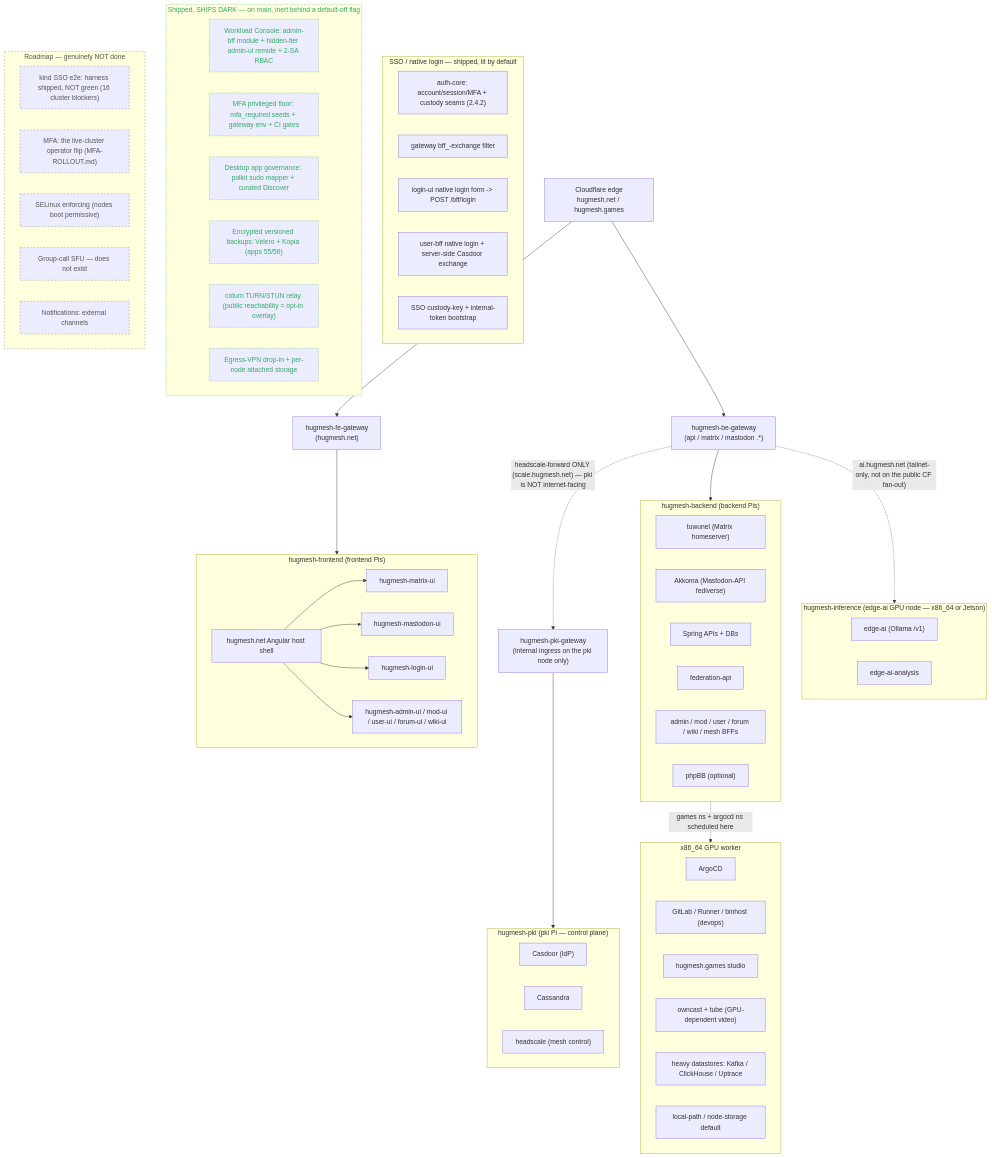
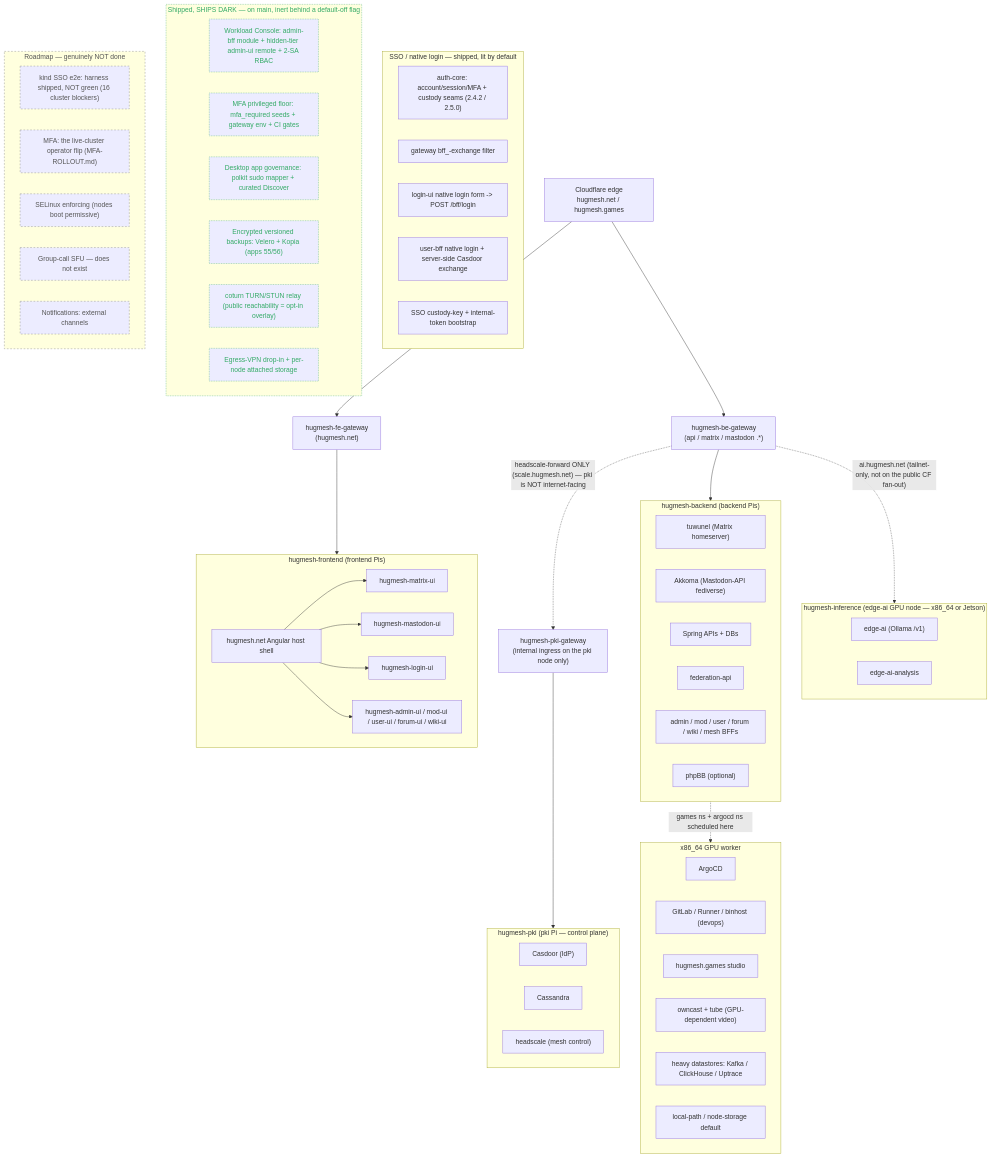
One commit to hugmesh/hugmesh-generator changed the first of 2 diagrams in docs/ARCHITECTURE.md. Above: the diagram before and after it, drawn with Mermaid. The commit also changed other lines of this file and 2 other files, not shown here.

````diff
--- a/docs/ARCHITECTURE.md
+++ b/docs/ARCHITECTURE.md
@@ -25,80 +25,80 @@
 ```mermaid
 flowchart TD
     CF["Cloudflare edge<br/>hugmesh.net / hugmesh.games"]
     CF --> FEGW["hugmesh-fe-gateway<br/>(hugmesh.net)"]
     CF --> BEGW["hugmesh-be-gateway<br/>(api / matrix / mastodon .*)"]
 
     subgraph FE["hugmesh-frontend (frontend Pis)"]
         HOST["hugmesh.net Angular host shell"]
         HOST --> MUI["hugmesh-matrix-ui"]
         HOST --> MASTUI["hugmesh-mastodon-ui"]
         HOST --> LOGINUI["hugmesh-login-ui"]
         HOST --> ADMINUI["hugmesh-admin-ui / mod-ui / user-ui / forum-ui / wiki-ui"]
     end
 
     subgraph BE["hugmesh-backend (backend Pis)"]
         TUW["tuwunel (Matrix homeserver)"]
         AKK["Akkoma (Mastodon-API fediverse)"]
         APIS["Spring APIs + DBs"]
         FEDAPI["federation-api"]
         BFFS["admin / mod / user / forum / wiki / mesh BFFs"]
         PHPBB["phpBB (optional)"]
     end
 
     subgraph PKI["hugmesh-pki (pki Pi — control plane)"]
         CAS["Casdoor (IdP)"]
         CASS["Cassandra"]
         HS["headscale (mesh control)"]
     end
 
     subgraph INFER["hugmesh-inference (edge-ai GPU node — x86_64 or Jetson)"]
         EDGEAI["edge-ai (Ollama /v1)"]
         EDGEAIAN["edge-ai-analysis"]
     end
 
     subgraph X86["x86_64 GPU worker"]
         ARGO["ArgoCD"]
         DEVOPS["GitLab / Runner / binhost (devops)"]
         GAMES["hugmesh.games studio"]
         VIDEO["owncast + tube (GPU-dependent video)"]
         HEAVY["heavy datastores: Kafka / ClickHouse / Uptrace"]
         STORE["local-path / node-storage default"]
     end
 
     FEGW --> FE
     BEGW --> BE
     BE -. "games ns + argocd ns scheduled here" .-> X86
     BEGW -. "ai.hugmesh.net (tailnet-only, not on the public CF fan-out)" .-> INFER
     BEGW -. "headscale-forward ONLY (scale.hugmesh.net) — pki is NOT internet-facing" .-> PKIGW["hugmesh-pki-gateway<br/>(internal ingress on the pki node only)"]
     PKIGW --> PKI
 
     subgraph SSO["SSO / native login — shipped, lit by default"]
-        AUTHCORE["auth-core: account/session/MFA + custody seams (2.4.2)"]
+        AUTHCORE["auth-core: account/session/MFA + custody seams (2.4.2 / 2.5.0)"]
         GWEXCH["gateway bff_-exchange filter"]
         LOGINOIDC["login-ui native login form -> POST /bff/login"]
         UBRELOC["user-bff native login + server-side Casdoor exchange"]
         CUSTKEY["SSO custody-key + internal-token bootstrap"]
     end
 
     subgraph DARK["Shipped, SHIPS DARK — on main, inert behind a default-off flag"]
         WC["Workload Console: admin-bff module + hidden-tier admin-ui remote + 2-SA RBAC"]
         MFAFLOOR["MFA privileged floor: mfa_required seeds + gateway env + CI gates"]
         DESKGOV["Desktop app governance: polkit sudo mapper + curated Discover"]
         BACKUPS["Encrypted versioned backups: Velero + Kopia (apps 55/56)"]
         TURN["coturn TURN/STUN relay (public reachability = opt-in overlay)"]
         EGRESS["Egress-VPN drop-in + per-node attached storage"]
     end
 
     subgraph ROADMAP["Roadmap — genuinely NOT done"]
         KINDE2E["kind SSO e2e: harness shipped, NOT green (16 cluster blockers)"]
         MFAFLIP["MFA: the live-cluster operator flip (MFA-ROLLOUT.md)"]
         ENFORCE["SELinux enforcing (nodes boot permissive)"]
         SFU["Group-call SFU — does not exist"]
         NOTIFY["Notifications: external channels"]
     end
 
     classDef dark stroke-dasharray:2,stroke:#4a7,color:#3a6;
     classDef planned stroke-dasharray:4,stroke:#888,color:#555;
     class DARK,WC,MFAFLOOR,DESKGOV,BACKUPS,TURN,EGRESS dark;
     class ROADMAP,KINDE2E,MFAFLIP,ENFORCE,SFU,NOTIFY planned;
 ```
````
